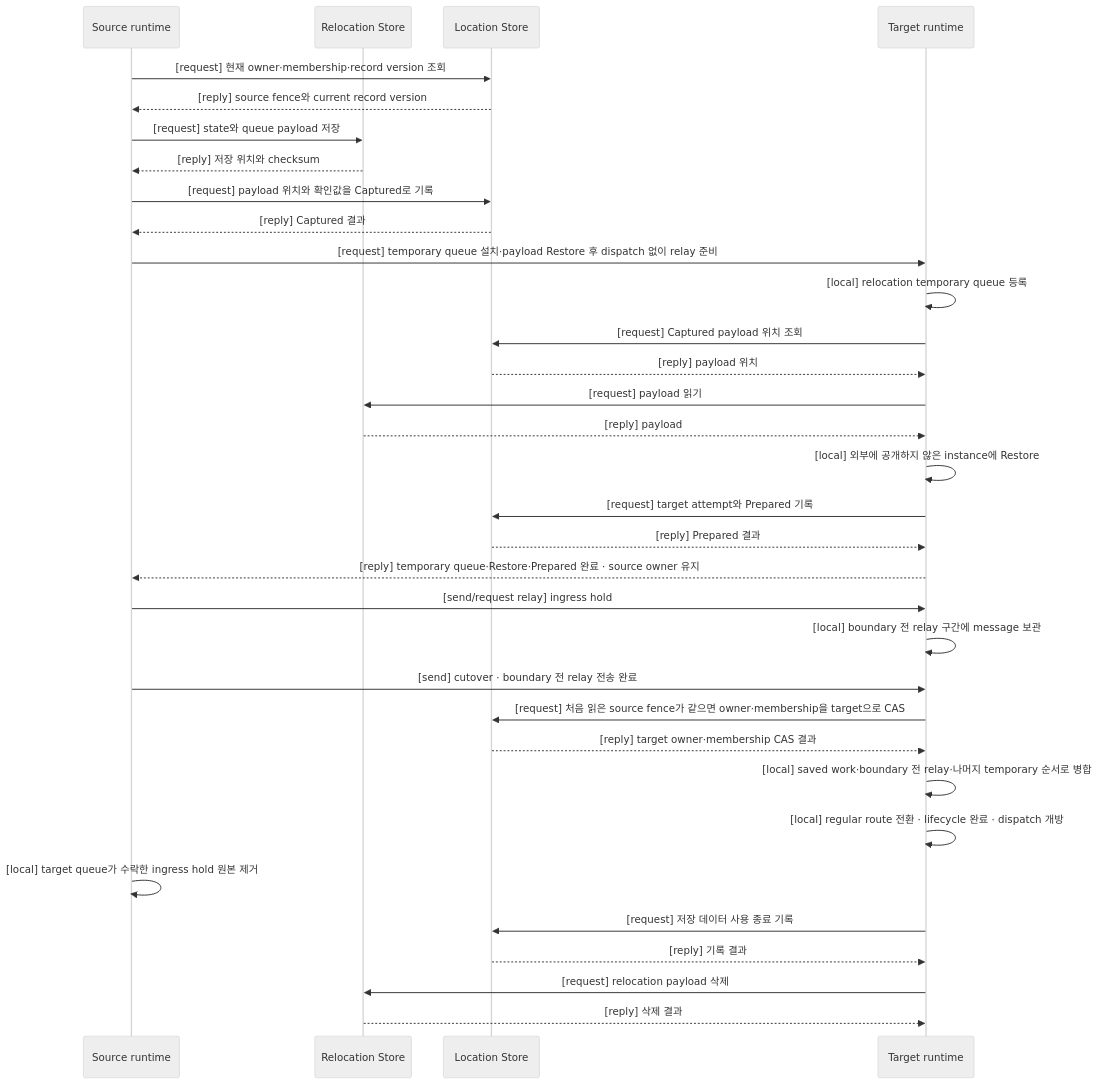
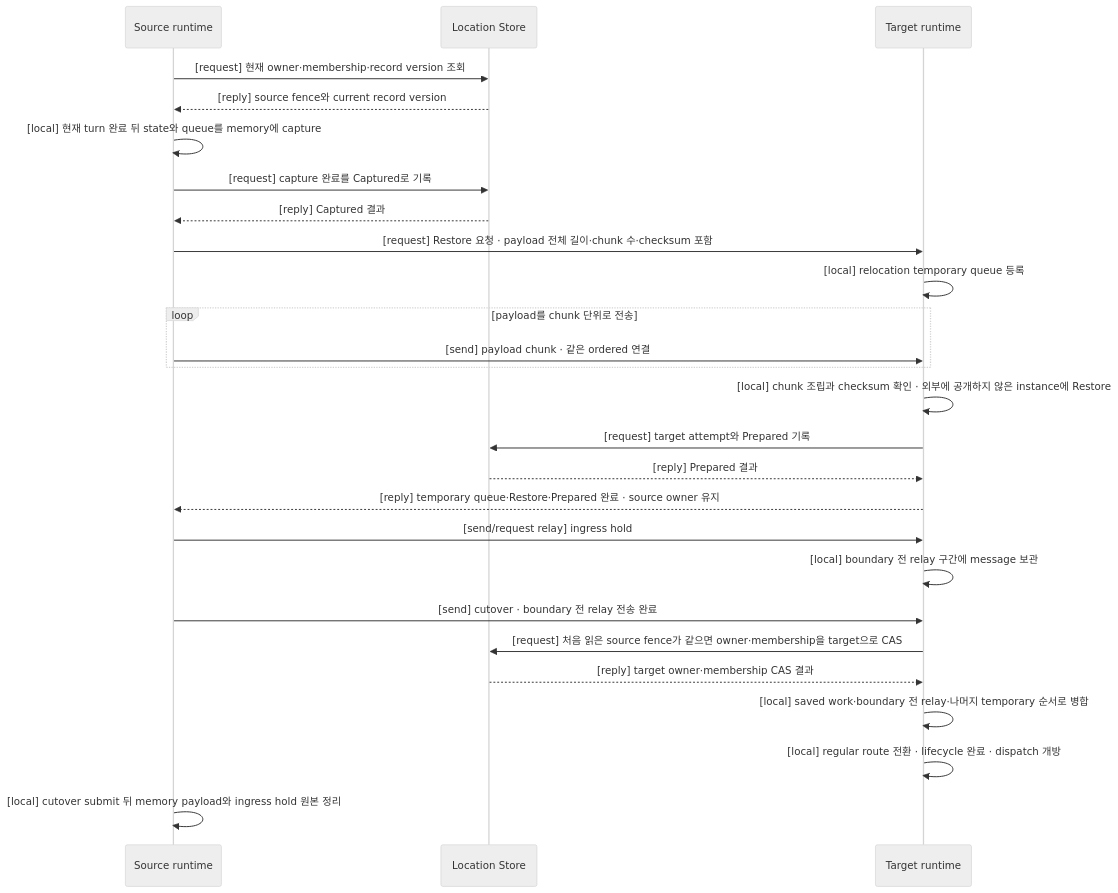
Before and after one commit to zlink-systems/zlink: the first of 4 diagrams in framework/doc/framework/common/spec/server/21-location-runtime.ko.md, drawn with Mermaid (neutral theme). The commit also changed other lines of this file and 145 other files, not shown here.

````diff
--- a/framework/doc/framework/common/spec/server/21-location-runtime.ko.md
+++ b/framework/doc/framework/common/spec/server/21-location-runtime.ko.md
@@ -207,36 +214,29 @@
 ```mermaid
 sequenceDiagram
     participant S as Source runtime
-    participant B as Relocation Store
     participant L as Location Store
     participant T as Target runtime
 
     S->>L: [request] 현재 owner·membership·record version 조회
     L-->>S: [reply] source fence와 current record version
-    S->>B: [request] state와 queue payload 저장
-    B-->>S: [reply] 저장 위치와 checksum
-    S->>L: [request] payload 위치와 확인값을 Captured로 기록
+    S->>S: [local] 현재 turn 완료 뒤 state와 queue를 memory에 capture
+    S->>L: [request] capture 완료를 Captured로 기록
     L-->>S: [reply] Captured 결과
-    S->>T: [request] temporary queue 설치·payload Restore 후 dispatch 없이 relay 준비
+    S->>T: [request] Restore 요청 · payload 전체 길이·chunk 수·checksum 포함
     T->>T: [local] relocation temporary queue 등록
-    T->>L: [request] Captured payload 위치 조회
-    L-->>T: [reply] payload 위치
-    T->>B: [request] payload 읽기
-    B-->>T: [reply] payload
-    T->>T: [local] 외부에 공개하지 않은 instance에 Restore
+    loop payload를 chunk 단위로 전송
+        S->>T: [send] payload chunk · 같은 ordered 연결
+    end
+    T->>T: [local] chunk 조립과 checksum 확인 · 외부에 공개하지 않은 instance에 Restore
     T->>L: [request] target attempt와 Prepared 기록
     L-->>T: [reply] Prepared 결과
     T-->>S: [reply] temporary queue·Restore·Prepared 완료 · source owner 유지
     S->>T: [send/request relay] ingress hold
     T->>T: [local] boundary 전 relay 구간에 message 보관
     S->>T: [send] cutover · boundary 전 relay 전송 완료
     T->>L: [request] 처음 읽은 source fence가 같으면 owner·membership을 target으로 CAS
     L-->>T: [reply] target owner·membership CAS 결과
     T->>T: [local] saved work·boundary 전 relay·나머지 temporary 순서로 병합
     T->>T: [local] regular route 전환 · lifecycle 완료 · dispatch 개방
-    S->>S: [local] target queue가 수락한 ingress hold 원본 제거
-    T->>L: [request] 저장 데이터 사용 종료 기록
-    L-->>T: [reply] 기록 결과
-    T->>B: [request] relocation payload 삭제
-    B-->>T: [reply] 삭제 결과
+    S->>S: [local] cutover submit 뒤 memory payload와 ingress hold 원본 정리
 ```
````
